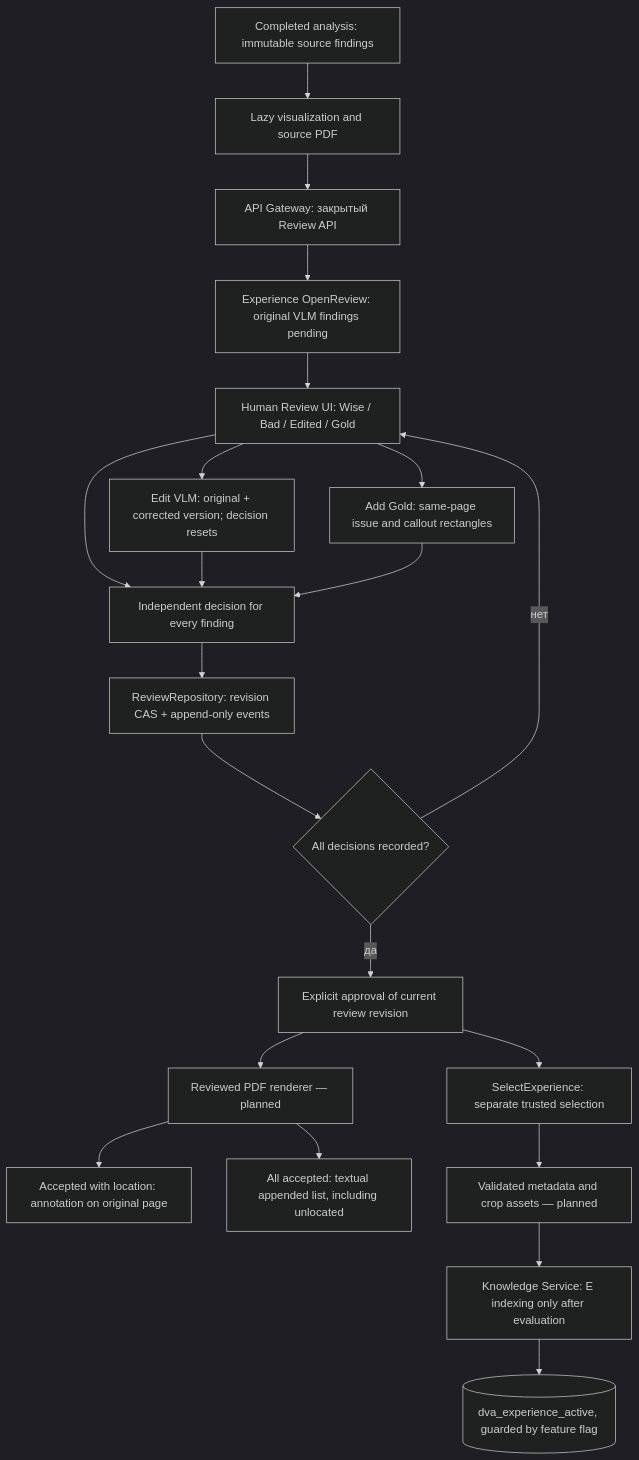
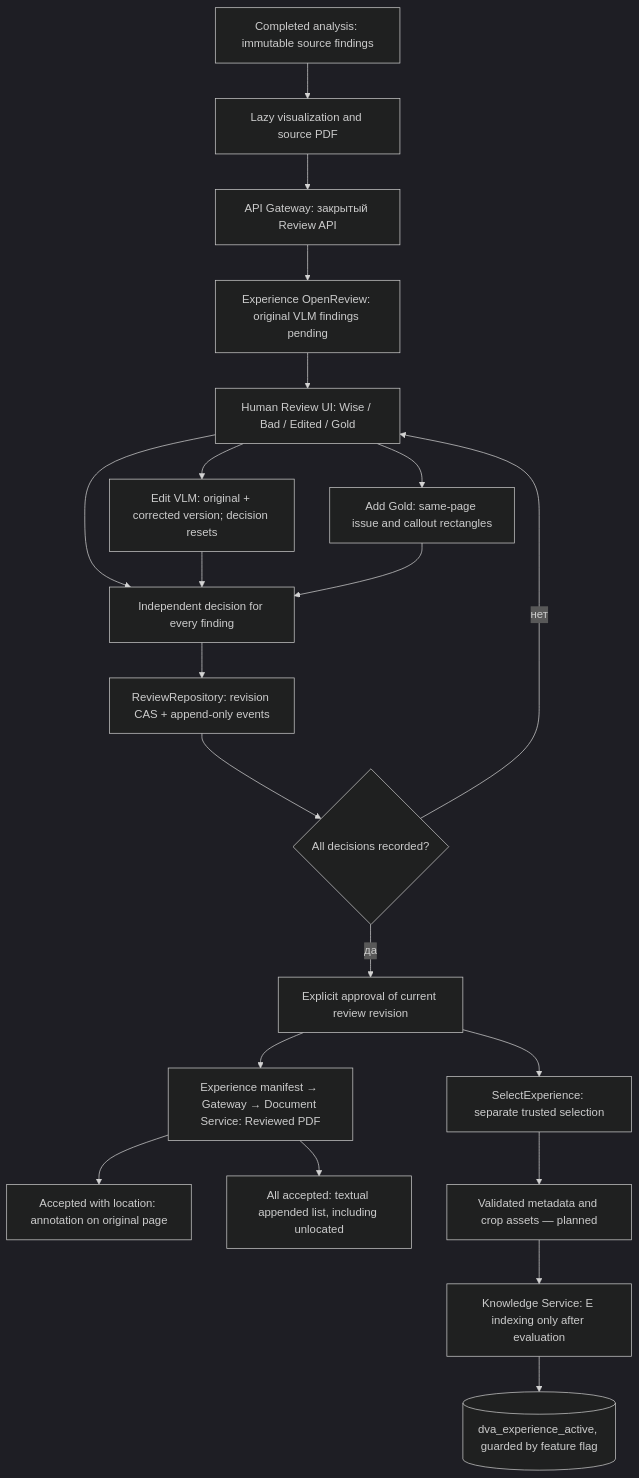
Diagram 11 of 15 in README.md (Amadu-A/PDRD-validation), drawn with Mermaid (dark theme) before and after one commit. The commit also changed other lines of this file and 56 other files, not shown here.

````diff
--- a/README.md
+++ b/README.md
@@ -581,23 +584,23 @@
 ```mermaid
 flowchart TD
     A["Completed analysis: immutable source findings"] --> V["Lazy visualization and source PDF"]
     V --> GW["API Gateway: закрытый Review API"]
     GW --> OPEN["Experience OpenReview: original VLM findings pending"]
     OPEN --> UI["Human Review UI: Wise / Bad / Edited / Gold"]
     UI --> EDIT["Edit VLM: original + corrected version; decision resets"]
     UI --> MANUAL["Add Gold: same-page issue and callout rectangles"]
     UI --> DECIDE["Independent decision for every finding"]
     EDIT --> DECIDE
     MANUAL --> DECIDE
     DECIDE --> CAS["ReviewRepository: revision CAS + append-only events"]
     CAS --> ALL{"All decisions recorded?"}
     ALL -->|нет| UI
     ALL -->|да| APPROVE["Explicit approval of current review revision"]
-    APPROVE --> PDF["Reviewed PDF renderer — planned"]
+    APPROVE --> PDF["Experience manifest → Gateway → Document Service: Reviewed PDF"]
     PDF --> PAGE["Accepted with location: annotation on original page"]
     PDF --> TEXT["All accepted: textual appended list, including unlocated"]
     APPROVE --> PICK["SelectExperience: separate trusted selection"]
     PICK --> STORE["Validated metadata and crop assets — planned"]
     STORE --> INDEX["Knowledge Service: E indexing only after evaluation"]
     INDEX --> QD[("dva_experience_active, guarded by feature flag")]
 ```
````
